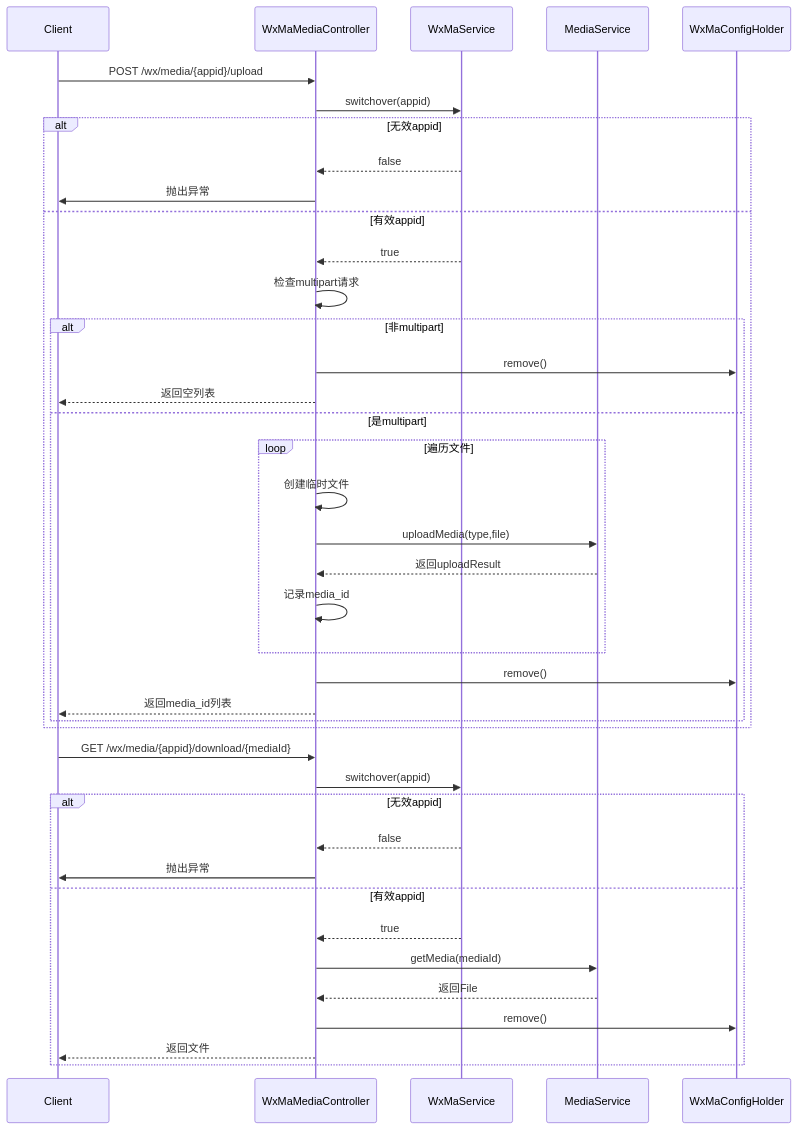
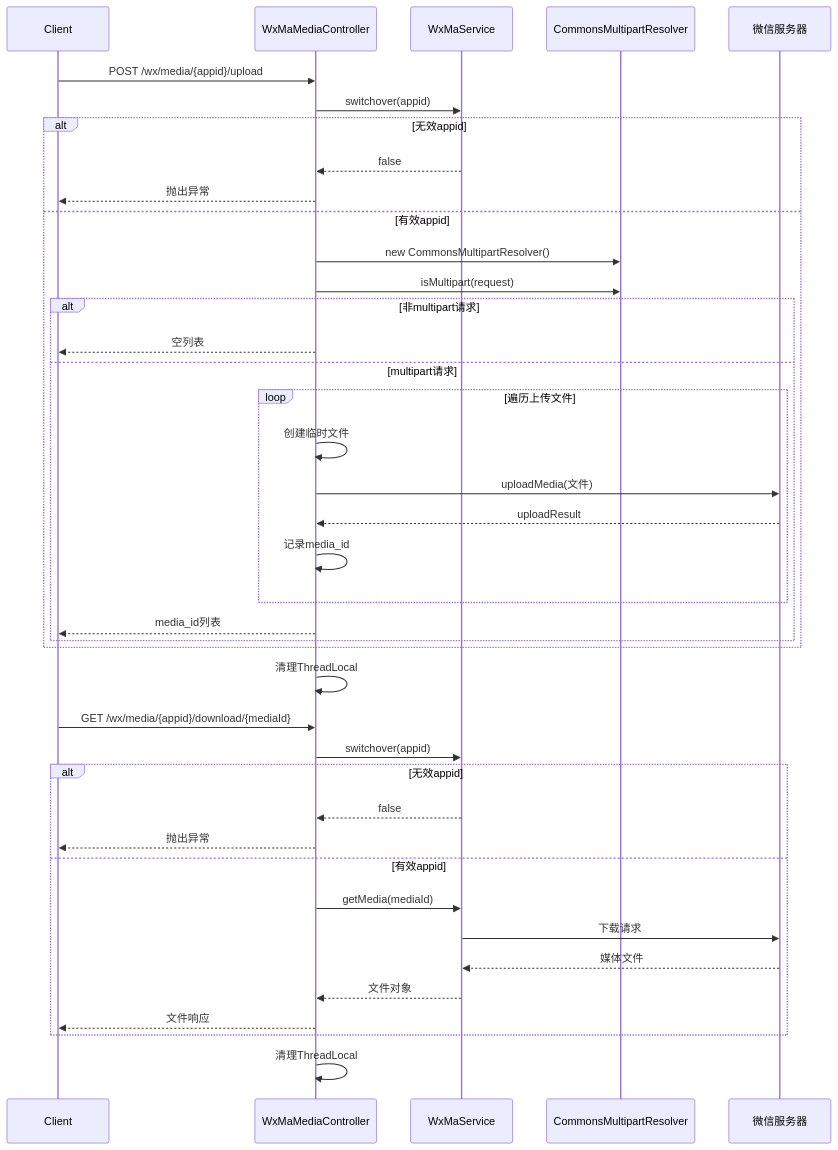
One commit to v-wjrong/rongwj666_weixin-java-miniapp-demo changed the third of 3 diagrams in docs/zh/docs/src/main/java/com/github/binarywang/demo/wx/miniapp/controller/WxMaMediaController.md. Above: the diagram before and after it, drawn with Mermaid. The commit also changed other lines of this file and 47 other files, not shown here.

````diff
--- a/docs/zh/docs/src/main/java/com/github/binarywang/demo/wx/miniapp/controller/WxMaMediaController.md
+++ b/docs/zh/docs/src/main/java/com/github/binarywang/demo/wx/miniapp/controller/WxMaMediaController.md
@@ -112,44 +124,44 @@
 ```mermaid
 sequenceDiagram
     participant Client
     participant Controller as WxMaMediaController
     participant Service as WxMaService
-    participant MediaService
-    participant ConfigHolder as WxMaConfigHolder
+    participant Resolver as CommonsMultipartResolver
+    participant WxServer as 微信服务器
 
     Client->>Controller: POST /wx/media/{appid}/upload
     Controller->>Service: switchover(appid)
     alt 无效appid
         Service-->>Controller: false
-        Controller->>Client: 抛出异常
+        Controller-->>Client: 抛出异常
     else 有效appid
-        Service-->>Controller: true
-        Controller->>Controller: 检查multipart请求
-        alt 非multipart
-            Controller->>ConfigHolder: remove()
-            Controller-->>Client: 返回空列表
-        else 是multipart
-            loop 遍历文件
+        Controller->>Resolver: new CommonsMultipartResolver()
+        Controller->>Resolver: isMultipart(request)
+        alt 非multipart请求
+            Controller-->>Client: 空列表
+        else multipart请求
+            loop 遍历上传文件
                 Controller->>Controller: 创建临时文件
-                Controller->>MediaService: uploadMedia(type,file)
-                MediaService-->>Controller: 返回uploadResult
+                Controller->>WxServer: uploadMedia(文件)
+                WxServer-->>Controller: uploadResult
                 Controller->>Controller: 记录media_id
             end
-            Controller->>ConfigHolder: remove()
-            Controller-->>Client: 返回media_id列表
+            Controller-->>Client: media_id列表
         end
     end
+    Controller->>Controller: 清理ThreadLocal
 
     Client->>Controller: GET /wx/media/{appid}/download/{mediaId}
     Controller->>Service: switchover(appid)
     alt 无效appid
         Service-->>Controller: false
-        Controller->>Client: 抛出异常
+        Controller-->>Client: 抛出异常
     else 有效appid
-        Service-->>Controller: true
-        Controller->>MediaService: getMedia(mediaId)
-        MediaService-->>Controller: 返回File
-        Controller->>ConfigHolder: remove()
-        Controller-->>Client: 返回文件
+        Controller->>Service: getMedia(mediaId)
+        Service->>WxServer: 下载请求
+        WxServer-->>Service: 媒体文件
+        Service-->>Controller: 文件对象
+        Controller-->>Client: 文件响应
     end
+    Controller->>Controller: 清理ThreadLocal
 ```
````
